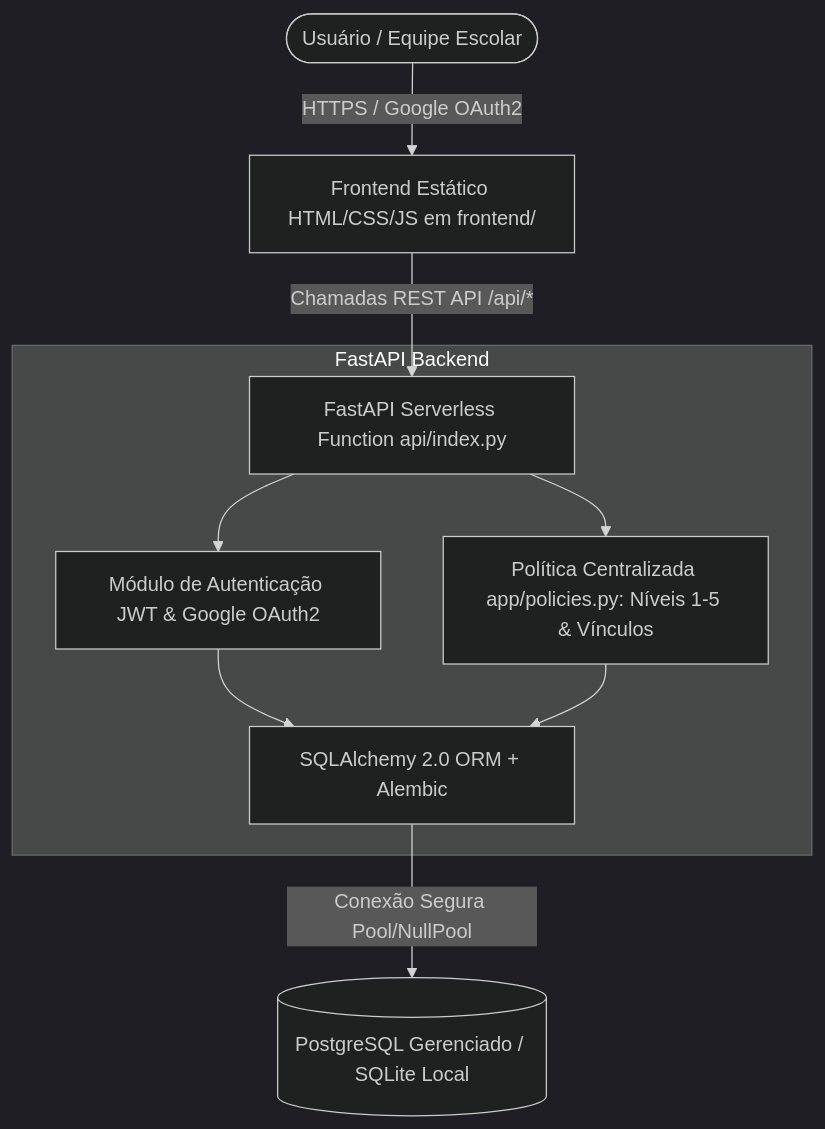
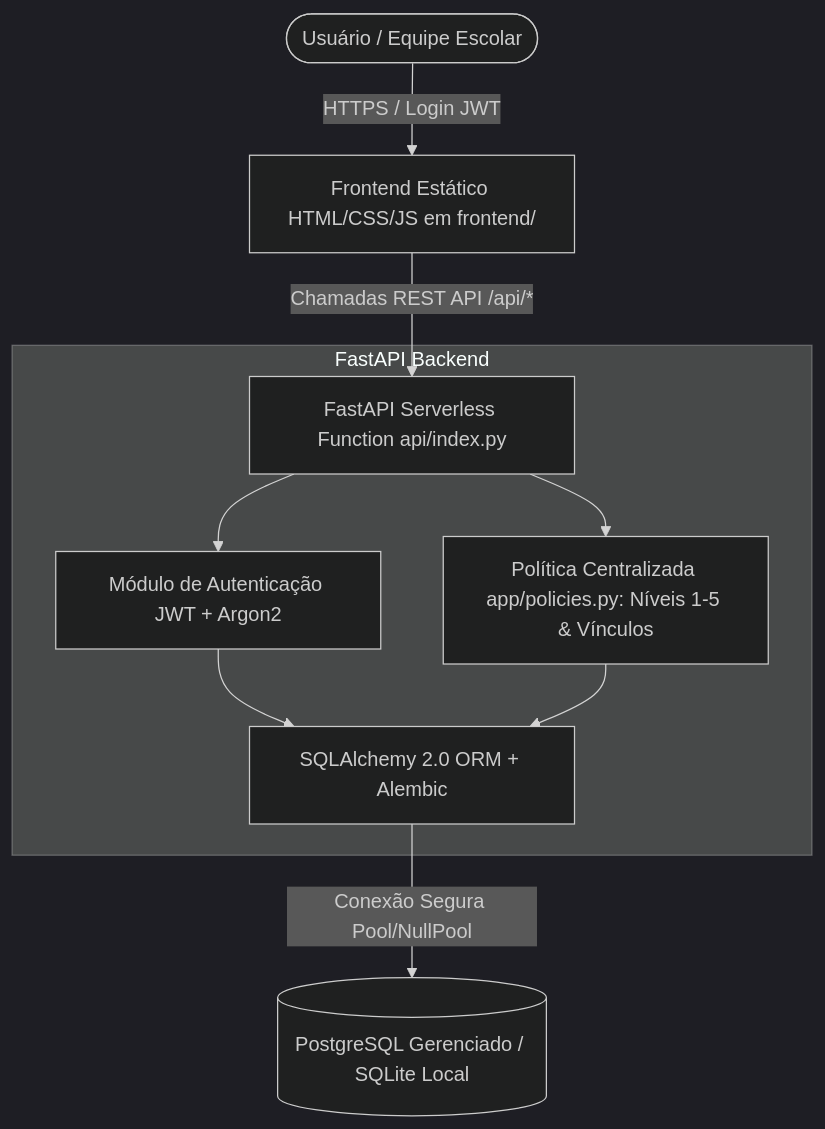
One commit to regi-lpf/compedu changed the first of 2 diagrams in docs/arq-decisoes-final.md. Above: the diagram before and after it, drawn with Mermaid (dark theme). The commit also changed other lines of this file and 18 other files, not shown here.

Commit message:
Remove OAuth Google, libera publicacao no mural por nivel (P>=U) para todos os perfis e adiciona workflow de CI

````diff
--- a/docs/arq-decisoes-final.md
+++ b/docs/arq-decisoes-final.md
@@ -39,14 +39,14 @@
 ```mermaid
 graph TD
-    User([Usuário / Equipe Escolar]) -->|HTTPS / Google OAuth2| Vercel[Frontend Estático HTML/CSS/JS em frontend/]
+    User([Usuário / Equipe Escolar]) -->|HTTPS / Login JWT| Vercel[Frontend Estático HTML/CSS/JS em frontend/]
     Vercel -->|Chamadas REST API /api/*| FastAPI[FastAPI Serverless Function api/index.py]
     
     subgraph FastAPI Backend
-        FastAPI --> Auth[Módulo de Autenticação JWT & Google OAuth2]
+        FastAPI --> Auth[Módulo de Autenticação JWT + Argon2]
         FastAPI --> RBAC[Política Centralizada app/policies.py: Níveis 1-5 & Vínculos]
         Auth --> ORM[SQLAlchemy 2.0 ORM + Alembic]
         RBAC --> ORM
     end
 
     ORM -->|Conexão Segura Pool/NullPool| DB[(PostgreSQL Gerenciado / SQLite Local)]
 ```
````
